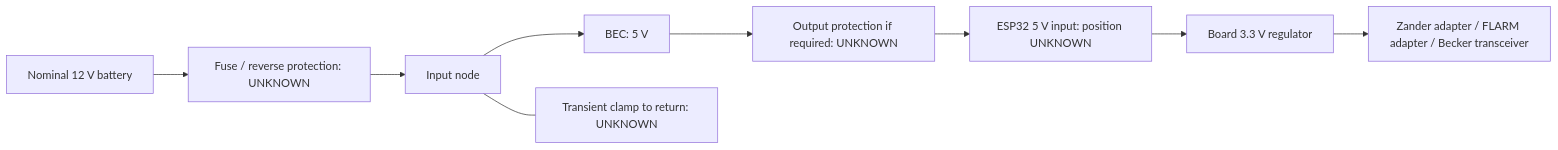
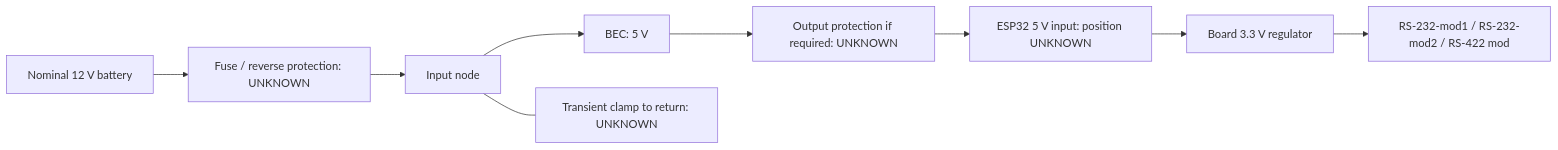
The second of 2 diagrams in docs/connections.md (MomoRC-tech/Becker-AR6201-to-OpenSoar), drawn with Mermaid before and after one commit. The commit also changed other lines of this file and 5 other files, not shown here.

````diff
--- a/docs/connections.md
+++ b/docs/connections.md
@@ -82,9 +110,9 @@
 ```mermaid
 flowchart LR
     S["Nominal 12 V battery"] --> P["Fuse / reverse protection: UNKNOWN"]
     P --> I[Input node] --> B["BEC: 5 V"]
     I --- T["Transient clamp to return: UNKNOWN"]
     B --> V["Output protection if required: UNKNOWN"] --> E["ESP32 5 V input: position UNKNOWN"]
     E --> R[Board 3.3 V regulator]
-    R --> C["Zander adapter / FLARM adapter / Becker transceiver"]
+    R --> C["RS-232-mod1 / RS-232-mod2 / RS-422 mod"]
 ```
````
